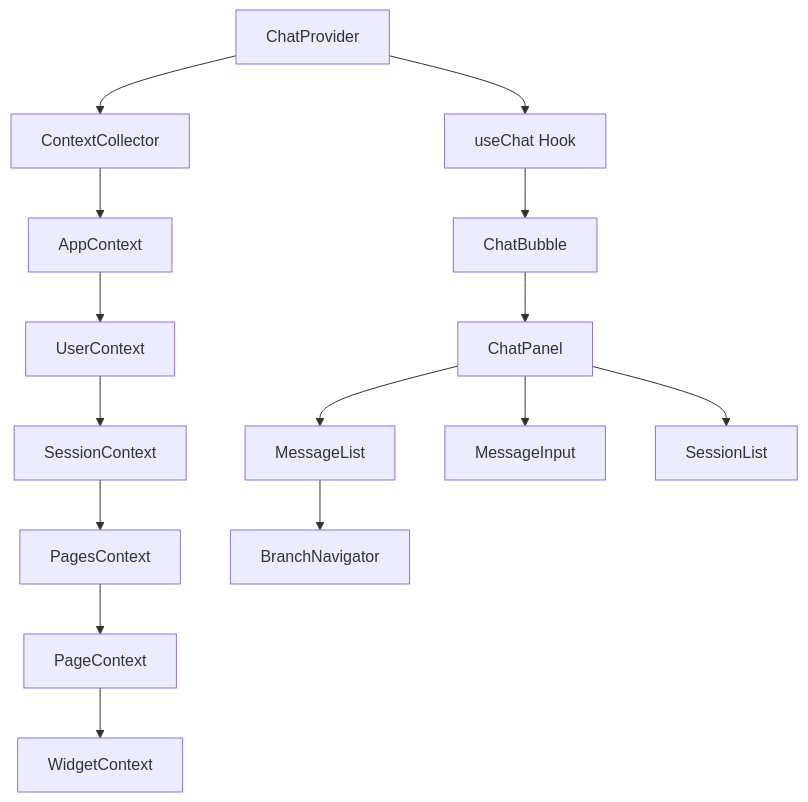
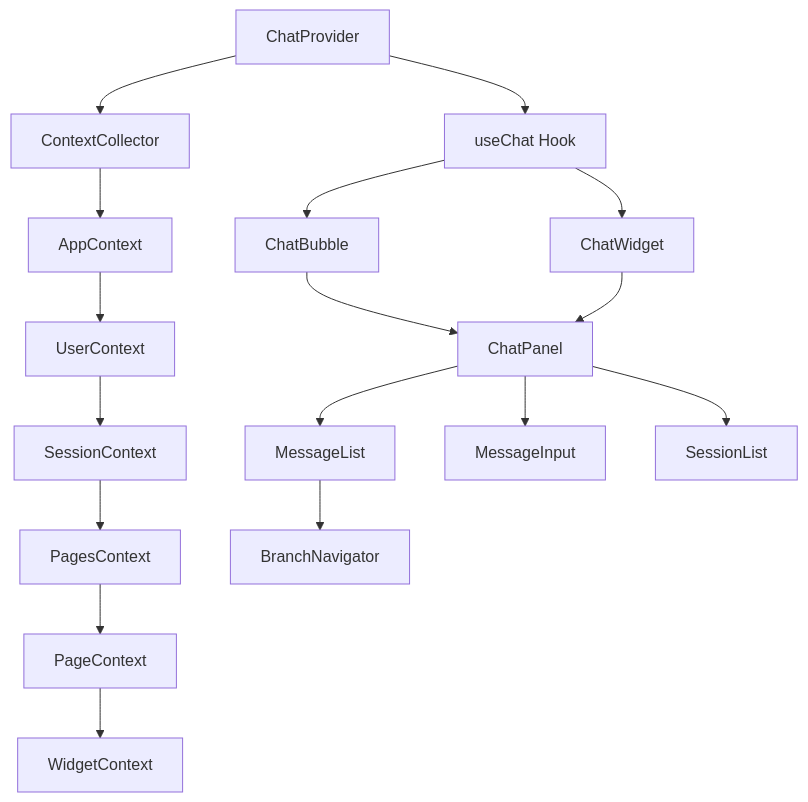
Before and after one commit to ebusinet/myChat: the second of 8 diagrams in README.md, drawn with Mermaid. The commit also changed other lines of this file and 7 other files, not shown here.

First line of the commit message:
Add ChatWidget component for inline chat display mode

````diff
--- a/README.md
+++ b/README.md
@@ -122,17 +122,19 @@
 ```mermaid
 graph TD
     CP[ChatProvider] --> CC[ContextCollector]
     CP --> UC[useChat Hook]
     CC --> AC[AppContext]
     AC --> UCx[UserContext]
     UCx --> SC[SessionContext]
     SC --> PsC[PagesContext]
     PsC --> PC[PageContext]
     PC --> WC[WidgetContext]
     UC --> CB[ChatBubble]
+    UC --> CW[ChatWidget]
     CB --> CPa[ChatPanel]
+    CW --> CPa
     CPa --> ML[MessageList]
     CPa --> MI[MessageInput]
     CPa --> SL[SessionList]
     ML --> BN[BranchNavigator]
 ```
````
